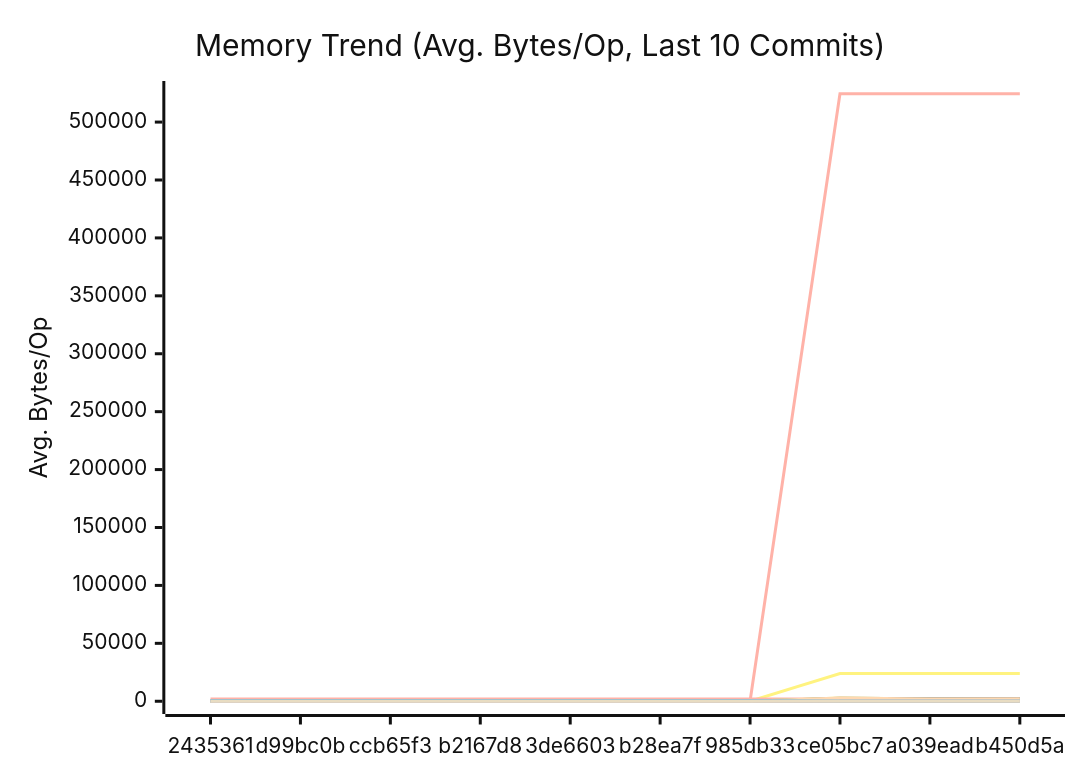
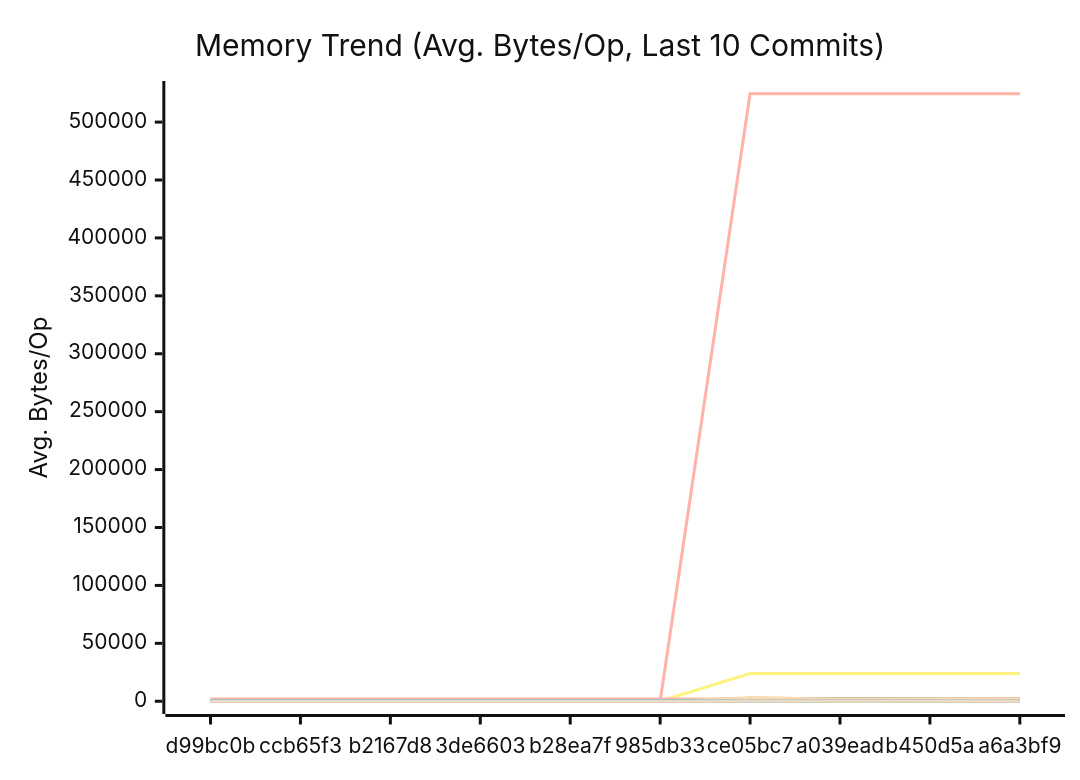
The second of 3 diagrams in docs/PERFORMANCE.md (alsotoes/momo), drawn with Mermaid (neutral theme) before and after one commit. The commit also changed other lines of this file and 41 other files, not shown here.

````diff
--- a/docs/PERFORMANCE.md
+++ b/docs/PERFORMANCE.md
@@ -300,42 +300,42 @@
 ```mermaid
 xychart-beta
     title "Memory Trend (Avg. Bytes/Op, Last 10 Commits)"
     x-axis "Commit"
     y-axis "Avg. Bytes/Op"
-    x-axis [2435361,d99bc0b,ccb65f3,b2167d8,3de6603,b28ea7f,985db33,ce05bc7,a039ead,b450d5a]
-    line "AWSChunkedReaderSigned" [149,147,134,152,136,134,143,153,142,131]
-    line "AWSChunkedReaderUnsigned" [153,141,129,158,155,142,153,162,145,130]
+    x-axis [d99bc0b,ccb65f3,b2167d8,3de6603,b28ea7f,985db33,ce05bc7,a039ead,b450d5a,a6a3bf9]
+    line "AWSChunkedReaderSigned" [147,134,152,136,134,143,153,142,131,130]
+    line "AWSChunkedReaderUnsigned" [141,129,158,155,142,153,162,145,130,120]
     line "CheckMetricsAndSwap" [0,0,0,0,0,0,0,0,0,0]
     line "CrushOptimized" [0,0,0,0,0,0,0,0,0,0]
     line "CrushOriginal" [164,164,164,164,164,164,164,164,164,164]
-    line "FormatListObjectsV2XML_AppendFormat" [0,0,0,0,0,0,0,524440,524442,524457]
-    line "FormatListObjectsV2XML_OldFormat" [0,0,0,0,0,0,0,24000,24000,24000]
-    line "HashBytes/1MiB" [0,0,0,0,0,0,0,356,303,257]
-    line "HashBytes/256MiB" [0,0,0,0,0,0,0,301,330,286]
-    line "HashBytes/64MiB" [0,0,0,0,0,0,0,351,280,291]
-    line "HashFile/1MiB" [0,0,0,0,0,0,0,305,271,267]
-    line "HashFile/256MiB" [0,0,0,0,0,0,0,298,291,174]
-    line "HashFile/64MiB" [0,0,0,0,0,0,0,332,283,240]
+    line "FormatListObjectsV2XML_AppendFormat" [0,0,0,0,0,0,524440,524442,524457,524463]
+    line "FormatListObjectsV2XML_OldFormat" [0,0,0,0,0,0,24000,24000,24000,24000]
+    line "HashBytes/1MiB" [0,0,0,0,0,0,356,303,257,324]
+    line "HashBytes/256MiB" [0,0,0,0,0,0,301,330,286,242]
+    line "HashBytes/64MiB" [0,0,0,0,0,0,351,280,291,300]
+    line "HashFile/1MiB" [0,0,0,0,0,0,305,271,267,261]
+    line "HashFile/256MiB" [0,0,0,0,0,0,298,291,174,252]
+    line "HashFile/64MiB" [0,0,0,0,0,0,332,283,240,221]
     line "IndexDirectTracking" [0,0,0,0,0,0,0,0,0,0]
     line "IndexSearch" [0,0,0,0,0,0,0,0,0,0]
-    line "LoadGlobalConfig" [1848,1848,1848,1848,1848,1848,1848,1976,1976,1976]
-    line "LocalWrite/1MiB" [0,0,0,0,0,0,0,2714,1959,1683]
-    line "LocalWrite/256MiB" [0,0,0,0,0,0,0,2563,2177,2270]
-    line "LocalWrite/64MiB" [0,0,0,0,0,0,0,2789,1880,2221]
+    line "LoadGlobalConfig" [1848,1848,1848,1848,1848,1848,1976,1976,1976,1976]
+    line "LocalWrite/1MiB" [0,0,0,0,0,0,2714,1959,1683,2004]
+    line "LocalWrite/256MiB" [0,0,0,0,0,0,2563,2177,2270,2223]
+    line "LocalWrite/64MiB" [0,0,0,0,0,0,2789,1880,2221,2158]
     line "PadString" [64,64,64,64,64,64,64,64,64,64]
     line "ParseReplicationOrder_NoPrealloc" [408,408,408,408,408,248,248,248,248,248]
     line "ParseReplicationOrder_Prealloc" [240,240,240,240,240,80,80,80,80,80]
-    line "Placement" [0,0,0,0,0,0,0,352,352,352]
-    line "PlacementDomainSpread" [0,0,0,0,0,0,0,352,352,352]
-    line "ReadVerify/1MiB" [0,0,0,0,0,0,0,316,252,237]
-    line "ReadVerify/256MiB" [0,0,0,0,0,0,0,322,287,256]
-    line "ReadVerify/64MiB" [0,0,0,0,0,0,0,316,322,241]
-    line "S3PutSpool/1MiB" [0,0,0,0,0,0,0,287,281,227]
-    line "S3PutSpool/256MiB" [0,0,0,0,0,0,0,254,245,213]
-    line "S3PutSpool/64MiB" [0,0,0,0,0,0,0,222,269,234]
+    line "Placement" [0,0,0,0,0,0,352,352,352,352]
+    line "PlacementDomainSpread" [0,0,0,0,0,0,352,352,352,352]
+    line "ReadVerify/1MiB" [0,0,0,0,0,0,316,252,237,270]
+    line "ReadVerify/256MiB" [0,0,0,0,0,0,322,287,256,268]
+    line "ReadVerify/64MiB" [0,0,0,0,0,0,316,322,241,295]
+    line "S3PutSpool/1MiB" [0,0,0,0,0,0,287,281,227,254]
+    line "S3PutSpool/256MiB" [0,0,0,0,0,0,254,245,213,271]
+    line "S3PutSpool/64MiB" [0,0,0,0,0,0,222,269,234,286]
     line "SanitizeLog/Safe" [0,0,0,0,0,0,0,0,0,0]
     line "SanitizeLog/Unsafe" [704,704,704,704,704,704,704,704,704,704]
-    line "TrustedRead/1MiB" [0,0,0,0,0,0,0,297,289,226]
-    line "TrustedRead/256MiB" [0,0,0,0,0,0,0,283,315,219]
-    line "TrustedRead/64MiB" [0,0,0,0,0,0,0,308,244,238]
+    line "TrustedRead/1MiB" [0,0,0,0,0,0,297,289,226,325]
+    line "TrustedRead/256MiB" [0,0,0,0,0,0,283,315,219,242]
+    line "TrustedRead/64MiB" [0,0,0,0,0,0,308,244,238,322]
 ```
````
